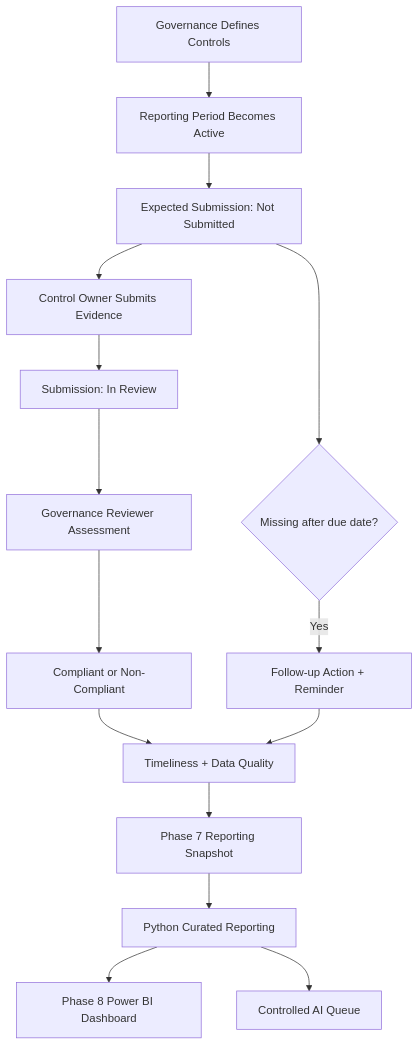
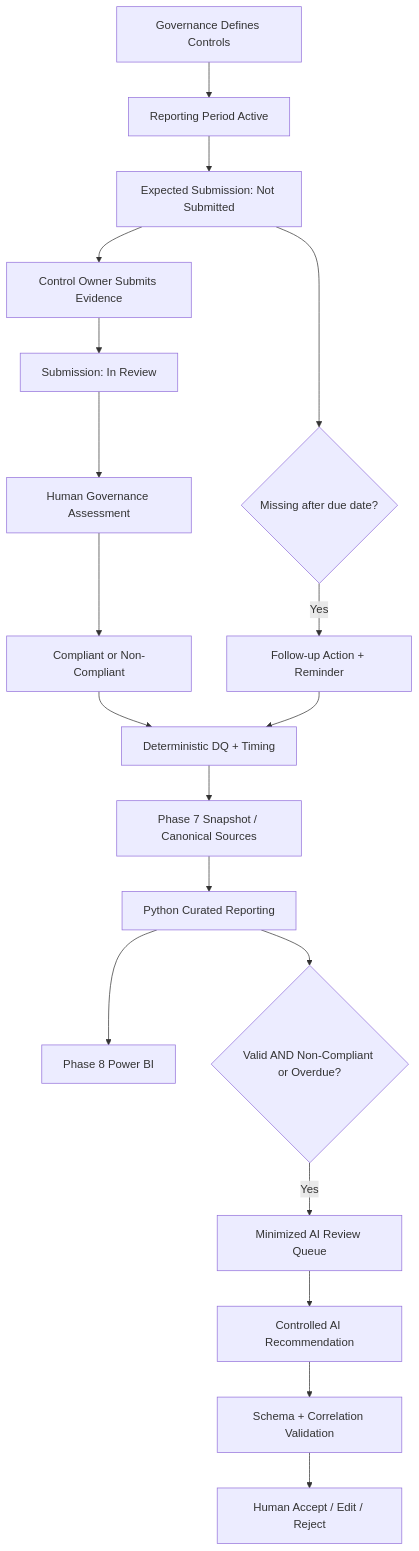
The diagram in docs/business_process.md (gw-ai-security/cyber-governance-automation-lab), drawn with Mermaid before and after one commit. The commit also changed other lines of this file, not shown here.

Commit message:
docs: synchronize business process with completed Phase 9

````diff
--- a/docs/business_process.md
+++ b/docs/business_process.md
@@ -522,19 +625,24 @@
 ```mermaid
 flowchart TD
-    A[Governance Defines Controls] --> B[Reporting Period Becomes Active]
+    A[Governance Defines Controls] --> B[Reporting Period Active]
     B --> C[Expected Submission: Not Submitted]
     C --> D[Control Owner Submits Evidence]
     D --> E[Submission: In Review]
-    E --> F[Governance Reviewer Assessment]
+    E --> F[Human Governance Assessment]
     F --> G[Compliant or Non-Compliant]
 
     C --> H{Missing after due date?}
     H -->|Yes| I[Follow-up Action + Reminder]
 
-    G --> J[Timeliness + Data Quality]
+    G --> J[Deterministic DQ + Timing]
     I --> J
-    J --> K[Phase 7 Reporting Snapshot]
+    J --> K[Phase 7 Snapshot / Canonical Sources]
     K --> L[Python Curated Reporting]
-    L --> M[Phase 8 Power BI Dashboard]
-    L --> N[Controlled AI Queue]
+    L --> M[Phase 8 Power BI]
+
+    L --> N{Valid AND Non-Compliant or Overdue?}
+    N -->|Yes| O[Minimized AI Review Queue]
+    O --> P[Controlled AI Recommendation]
+    P --> Q[Schema + Correlation Validation]
+    Q --> R[Human Accept / Edit / Reject]
 ```
````
